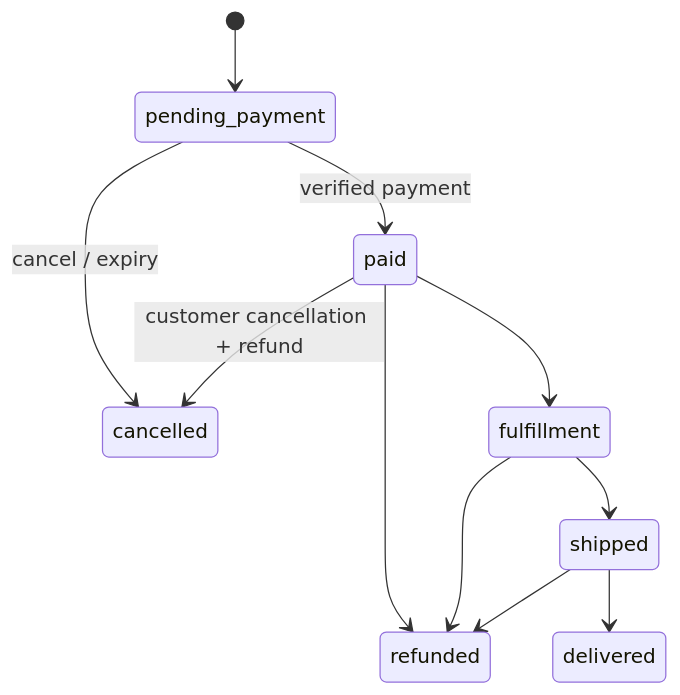
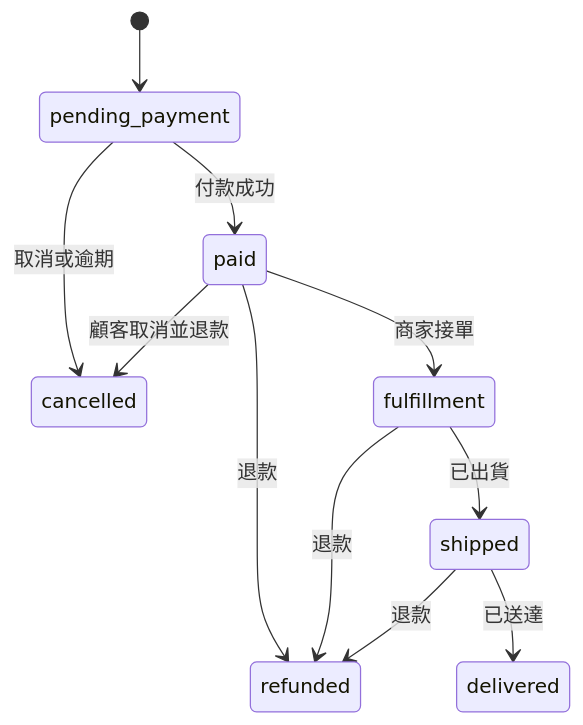
The second of 2 diagrams in README.md (akira0414/laravel-commerce-platform), drawn with Mermaid before and after one commit. The commit also changed other lines of this file and 33 other files, not shown here.

````diff
--- a/README.md
+++ b/README.md
@@ -53,13 +49,13 @@
 ```mermaid
 stateDiagram-v2
     [*] --> pending_payment
-    pending_payment --> paid: verified payment
-    pending_payment --> cancelled: cancel / expiry
-    paid --> fulfillment
-    paid --> cancelled: customer cancellation + refund
-    paid --> refunded
-    fulfillment --> shipped
-    fulfillment --> refunded
-    shipped --> delivered
-    shipped --> refunded
+    pending_payment --> paid: 付款成功
+    pending_payment --> cancelled: 取消或逾期
+    paid --> fulfillment: 商家接單
+    paid --> cancelled: 顧客取消並退款
+    paid --> refunded: 退款
+    fulfillment --> shipped: 已出貨
+    fulfillment --> refunded: 退款
+    shipped --> delivered: 已送達
+    shipped --> refunded: 退款
 ```
````
